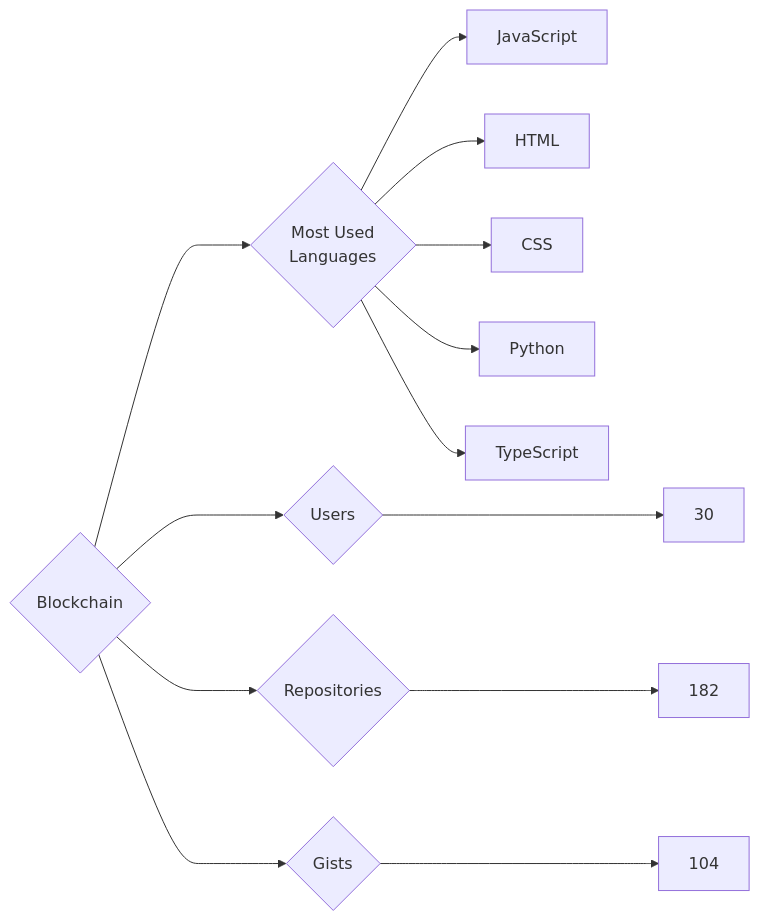
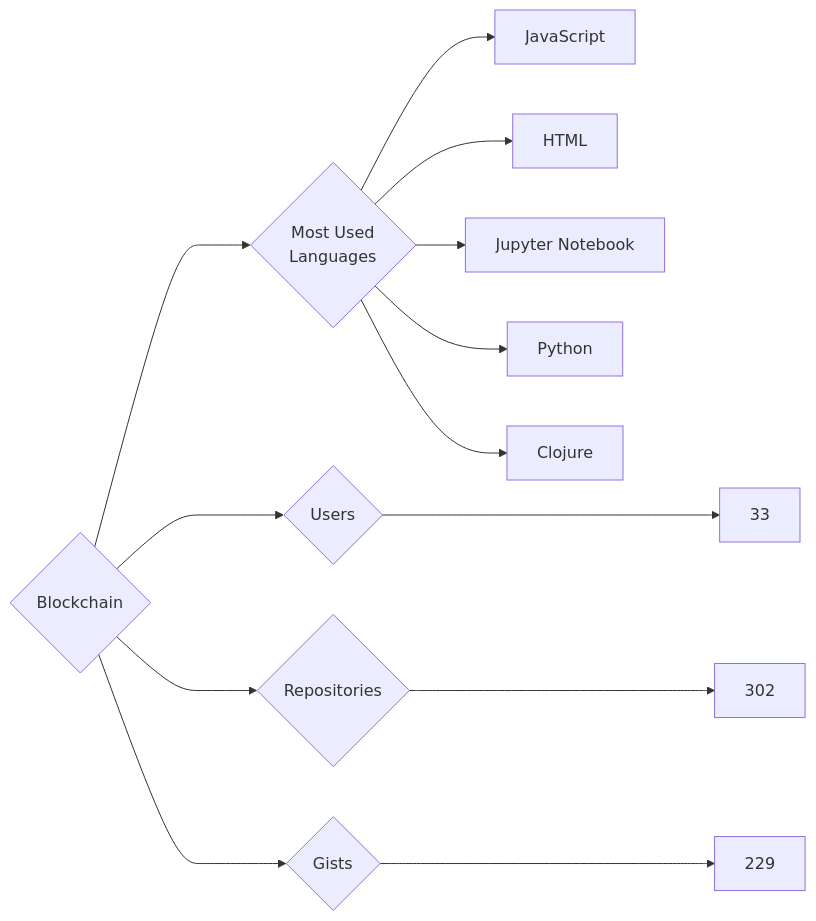
The diagram in targets/Blockchain/README.md (trickest/insiders), drawn with Mermaid before and after one commit. The commit also changed 891 other files, not shown here.

````diff
--- a/targets/Blockchain/README.md
+++ b/targets/Blockchain/README.md
@@ -3,13 +3,13 @@
 ```mermaid
 graph LR
 COMPANY_NAME{Blockchain}
-COMPANY_NAME ---> U{Users} ---> UN[30]
-COMPANY_NAME ---> R{Repositories} ---> RN[182]
-COMPANY_NAME ---> G{Gists} ---> GN[104]
+COMPANY_NAME ---> U{Users} ---> UN[33]
+COMPANY_NAME ---> R{Repositories} ---> RN[302]
+COMPANY_NAME ---> G{Gists} ---> GN[229]
 COMPANY_NAME ---> ML{Most Used<br>Languages}
 ML --> JavaScript[JavaScript]
 ML --> HTML[HTML]
-ML --> CSS[CSS]
+ML --> Jupyter_Notebook[Jupyter Notebook]
 ML --> Python[Python]
-ML --> TypeScript[TypeScript]
+ML --> Clojure[Clojure]
 ```
````
